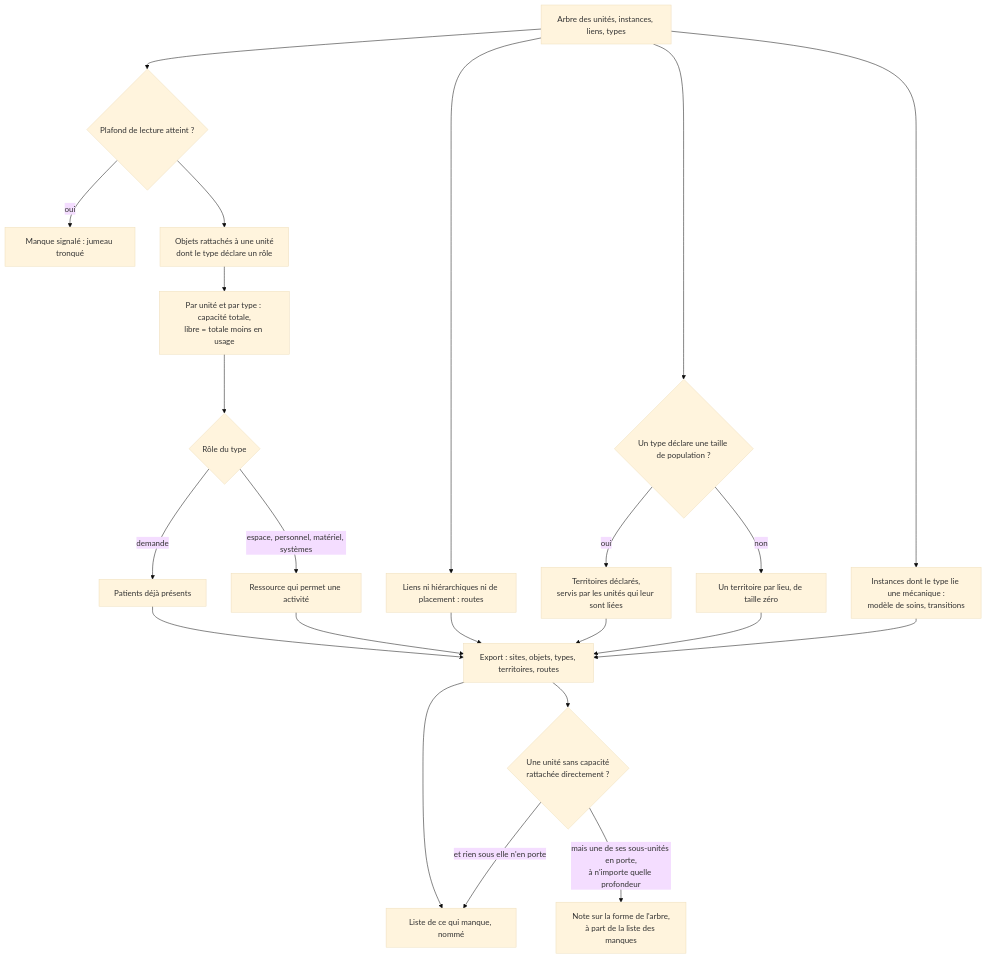
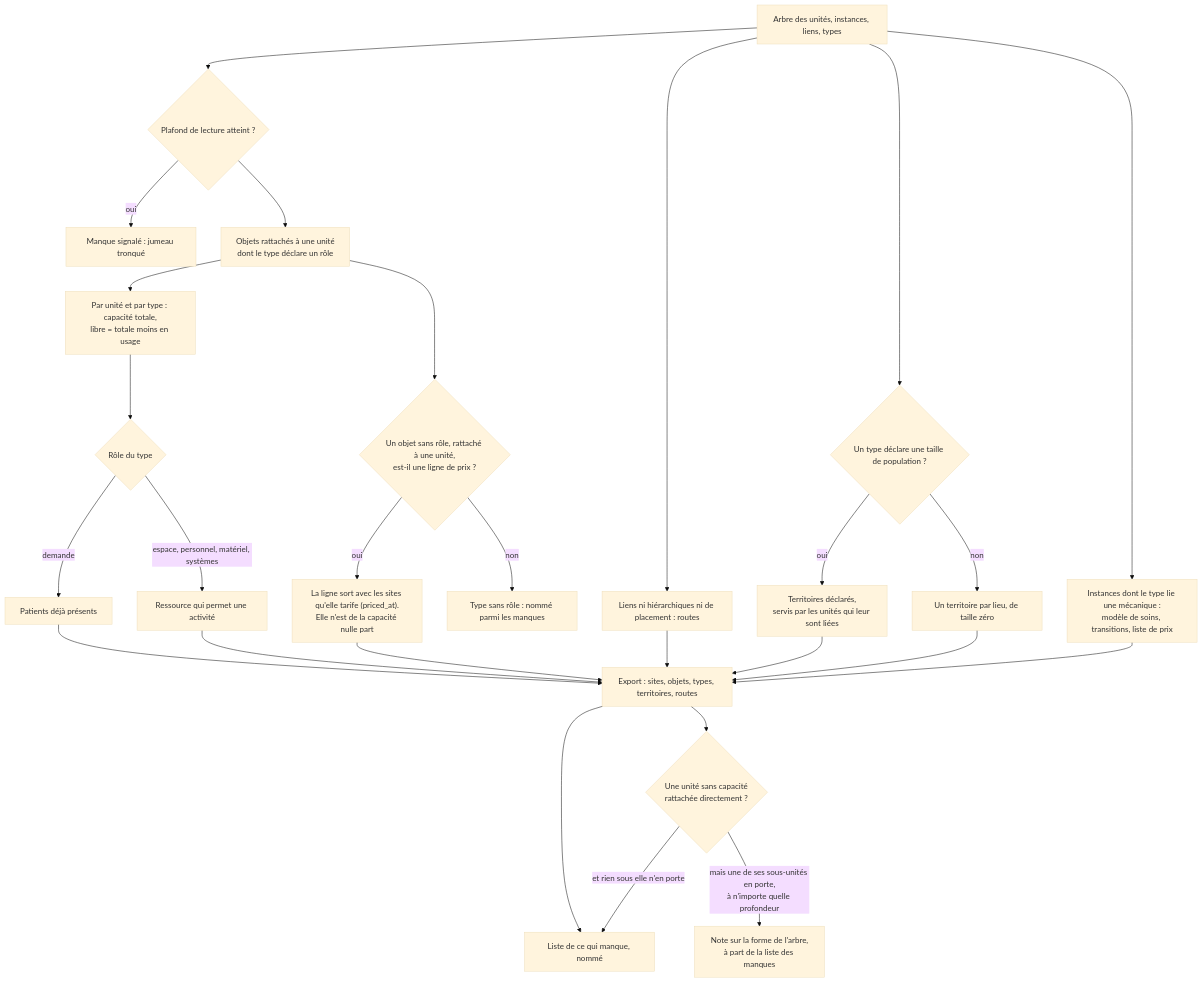
One commit to V1ktor7/obscyro changed diagram 19 of 40 in docs/algorithms.md. Above: the diagram before and after it, drawn with Mermaid (base theme). The commit also changed other lines of this file and 44 other files, not shown here.

````diff
--- a/docs/algorithms.md
+++ b/docs/algorithms.md
@@ -593,25 +713,29 @@
 ```mermaid
 flowchart TD
     A["Arbre des unités, instances, liens, types"] --> B{"Plafond de lecture atteint ?"}
     B -->|"oui"| B1["Manque signalé : jumeau tronqué"]
     B --> C["Objets rattachés à une unité<br/>dont le type déclare un rôle"]
     C --> D["Par unité et par type : capacité totale,<br/>libre = totale moins en usage"]
     D --> E{"Rôle du type"}
     E -->|"demande"| F["Patients déjà présents"]
     E -->|"espace, personnel, matériel, systèmes"| G["Ressource qui permet une activité"]
     A --> H["Liens ni hiérarchiques ni de placement : routes"]
     A --> I{"Un type déclare une taille de population ?"}
     I -->|"oui"| J["Territoires déclarés,<br/>servis par les unités qui leur sont liées"]
     I -->|"non"| K["Un territoire par lieu, de taille zéro"]
-    A --> L["Instances dont le type lie une mécanique :<br/>modèle de soins, transitions"]
+    A --> L["Instances dont le type lie une mécanique :<br/>modèle de soins, transitions, liste de prix"]
+    C --> C2{"Un objet sans rôle, rattaché à une unité,<br/>est-il une ligne de prix ?"}
+    C2 -->|"oui"| C3["La ligne sort avec les sites qu'elle tarife (priced_at).<br/>Elle n'est de la capacité nulle part"]
+    C2 -->|"non"| C4["Type sans rôle : nommé parmi les manques"]
+    C3 --> M
     F --> M["Export : sites, objets, types, territoires, routes"]
     G --> M
     H --> M
     J --> M
     K --> M
     L --> M
     M --> N["Liste de ce qui manque, nommé"]
     M --> O{"Une unité sans capacité<br/>rattachée directement ?"}
     O -->|"et rien sous elle n'en porte"| N
     O -->|"mais une de ses sous-unités en porte,<br/>à n'importe quelle profondeur"| P["Note sur la forme de l'arbre,<br/>à part de la liste des manques"]
 ```
````
